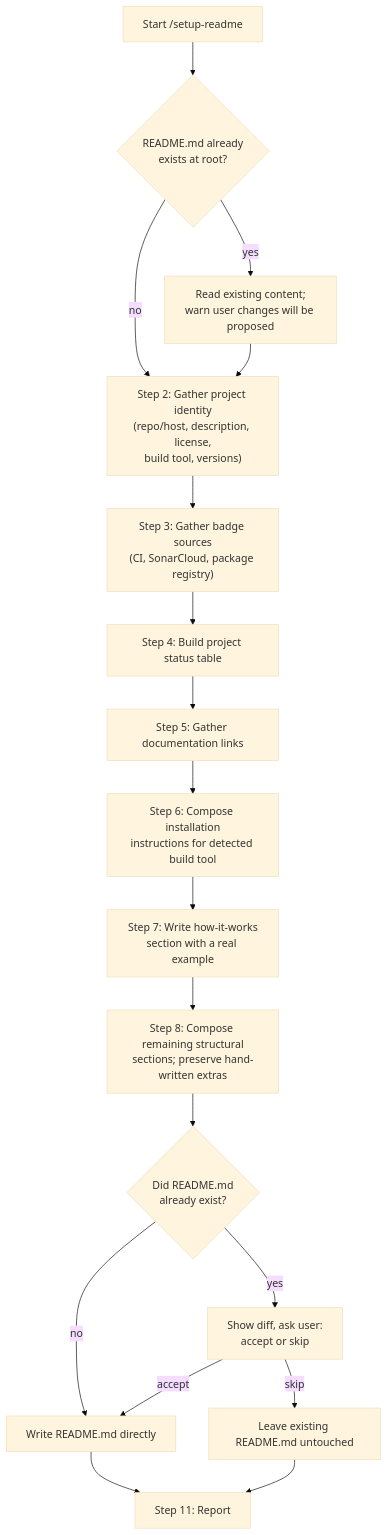
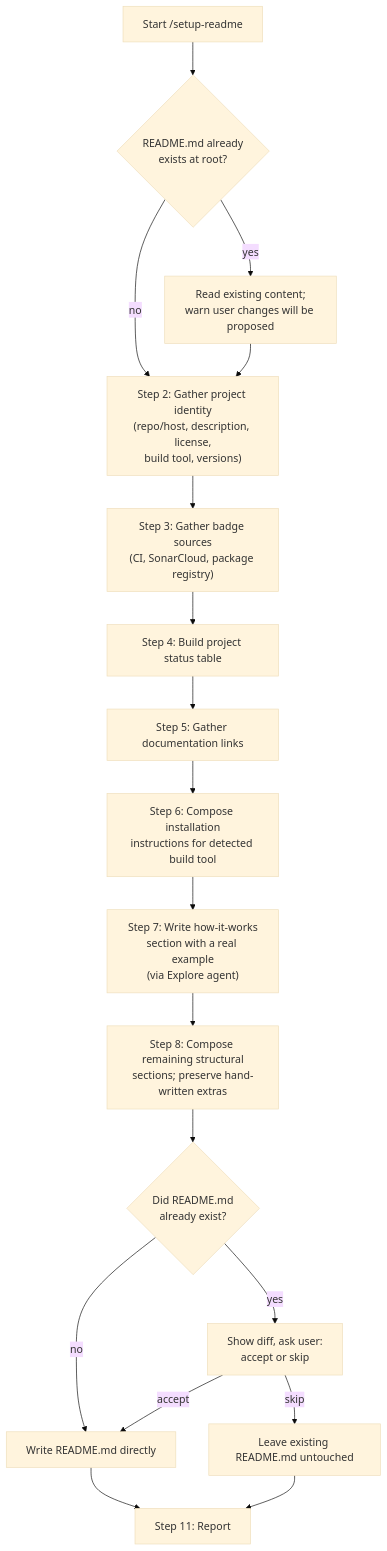
One commit to albertoirurueta/ai-catalog changed the diagram in docs/modules/ROOT/pages/skills/setup-readme.adoc. Above: the diagram before and after it, drawn with Mermaid (base theme). The commit also changed other lines of this file and 35 other files, not shown here.

```diff
--- a/docs/modules/ROOT/pages/skills/setup-readme.adoc
+++ b/docs/modules/ROOT/pages/skills/setup-readme.adoc
@@ -62,21 +62,21 @@
 [mermaid]
 ....
 flowchart TD
     A[Start /setup-readme] --> B{"README.md already\nexists at root?"}
     B -- yes --> C["Read existing content;\nwarn user changes will be proposed"]
     B -- no --> D
     C --> D["Step 2: Gather project identity\n(repo/host, description, license,\nbuild tool, versions)"]
     D --> E["Step 3: Gather badge sources\n(CI, SonarCloud, package registry)"]
     E --> F["Step 4: Build project status table"]
     F --> G["Step 5: Gather documentation links"]
     G --> H["Step 6: Compose installation\ninstructions for detected build tool"]
-    H --> I["Step 7: Write how-it-works\nsection with a real example"]
+    H --> I["Step 7: Write how-it-works\nsection with a real example\n(via Explore agent)"]
     I --> J["Step 8: Compose remaining structural\nsections; preserve hand-written extras"]
     J --> K{"Did README.md\nalready exist?"}
     K -- no --> L["Write README.md directly"]
     K -- yes --> M["Show diff, ask user:\naccept or skip"]
     M -- accept --> L
     M -- skip --> N["Leave existing README.md untouched"]
     L --> O["Step 11: Report"]
     N --> O
 ....
```
